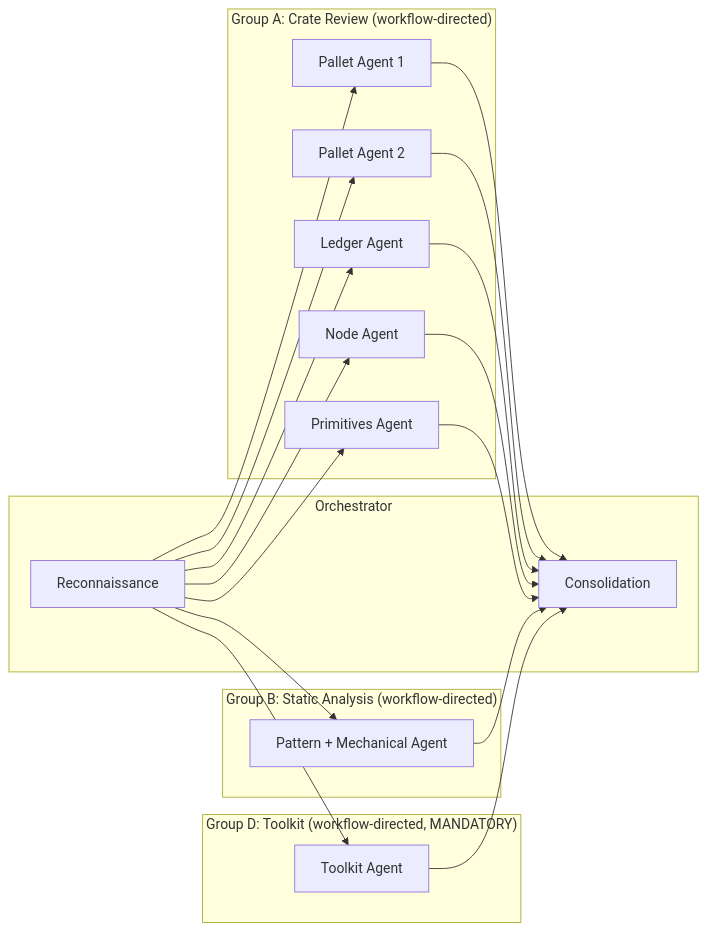
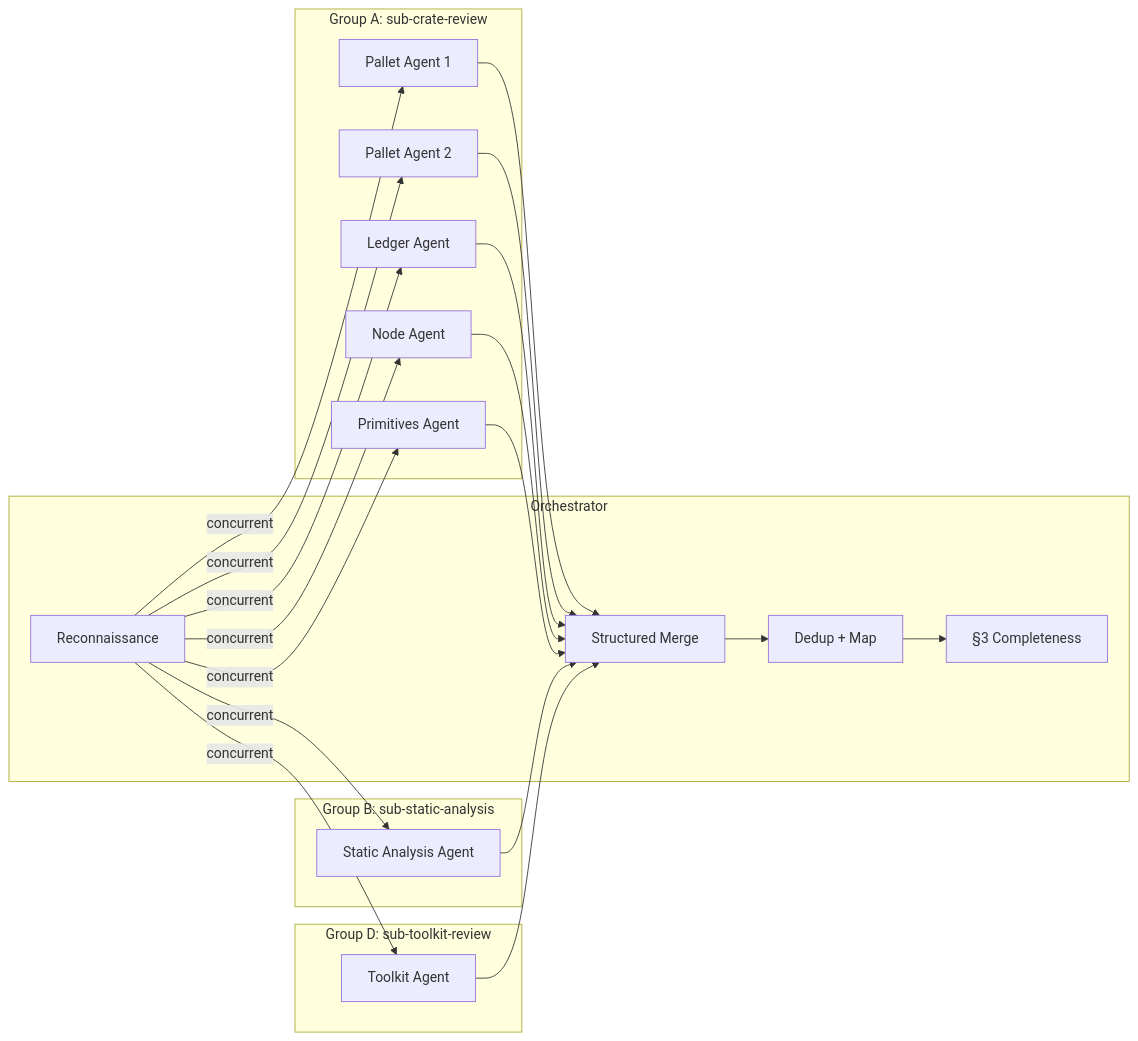
The second of 6 diagrams in substrate-node-security-audit/README.md (m2ux/workflow-server), drawn with Mermaid before and after one commit. The commit also changed other lines of this file, not shown here.

First line of the commit message:
docs: add sub-agent activity flow diagrams to README

````diff
--- a/substrate-node-security-audit/README.md
+++ b/substrate-node-security-audit/README.md
@@ -79,39 +79,42 @@
 ```mermaid
 graph LR
     subgraph orchestrator[Orchestrator]
         RECON[Reconnaissance]
-        MERGE[Consolidation]
+        MERGE[Structured Merge]
+        DEDUP[Dedup + Map]
+        CHECK["§3 Completeness"]
     end
 
-    subgraph groupA["Group A: Crate Review (workflow-directed)"]
+    subgraph groupA["Group A: sub-crate-review"]
         A1[Pallet Agent 1]
         A2[Pallet Agent 2]
         A3[Ledger Agent]
         A4[Node Agent]
         A5[Primitives Agent]
     end
 
-    subgraph groupB["Group B: Static Analysis (workflow-directed)"]
-        B1[Pattern + Mechanical Agent]
+    subgraph groupB["Group B: sub-static-analysis"]
+        B1[Static Analysis Agent]
     end
 
-    subgraph groupD["Group D: Toolkit (workflow-directed, MANDATORY)"]
+    subgraph groupD["Group D: sub-toolkit-review"]
         D1[Toolkit Agent]
     end
 
-    RECON --> A1
-    RECON --> A2
-    RECON --> A3
-    RECON --> A4
-    RECON --> A5
-    RECON --> B1
-    RECON --> D1
+    RECON -->|concurrent| A1
+    RECON -->|concurrent| A2
+    RECON -->|concurrent| A3
+    RECON -->|concurrent| A4
+    RECON -->|concurrent| A5
+    RECON -->|concurrent| B1
+    RECON -->|concurrent| D1
 
     A1 --> MERGE
     A2 --> MERGE
     A3 --> MERGE
     A4 --> MERGE
     A5 --> MERGE
     B1 --> MERGE
     D1 --> MERGE
+    MERGE --> DEDUP --> CHECK
 ```
````
